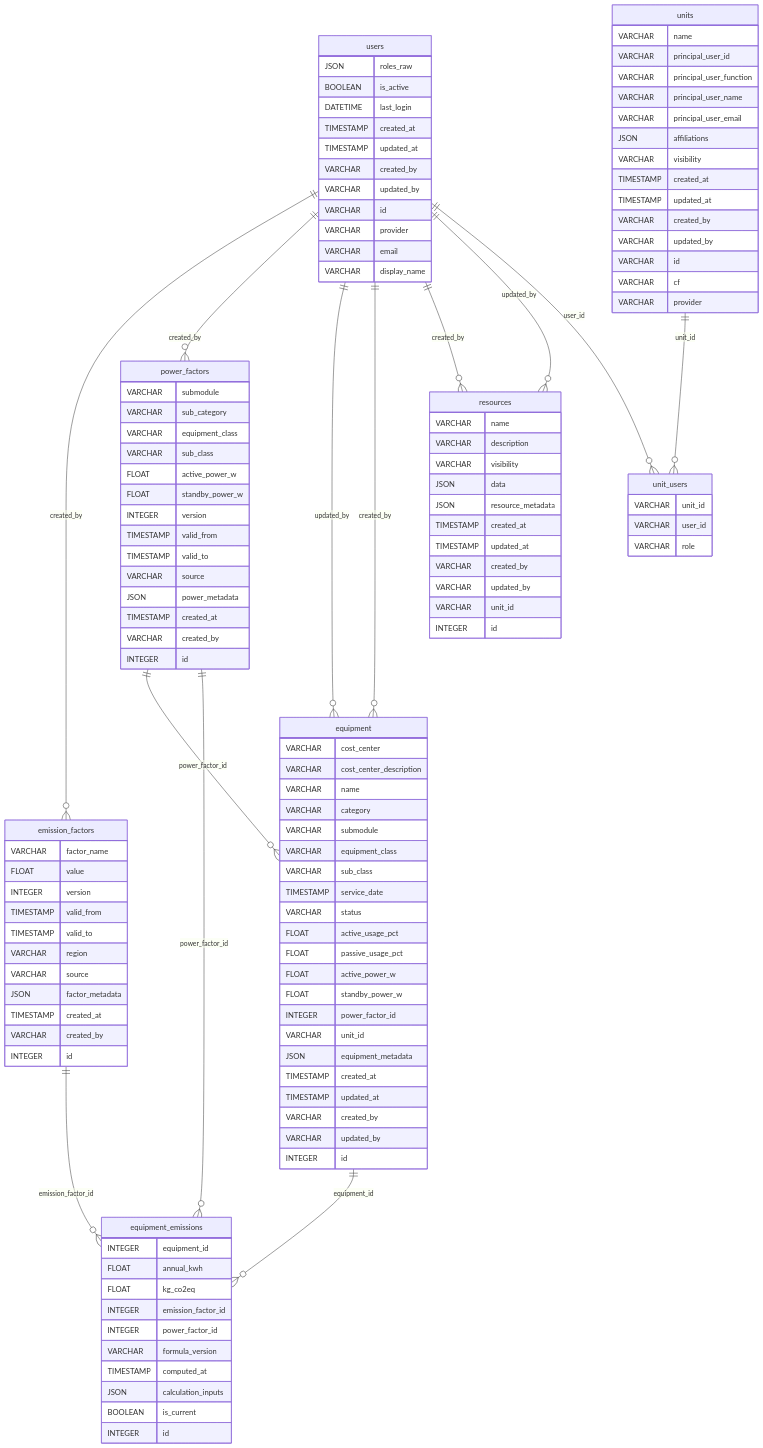
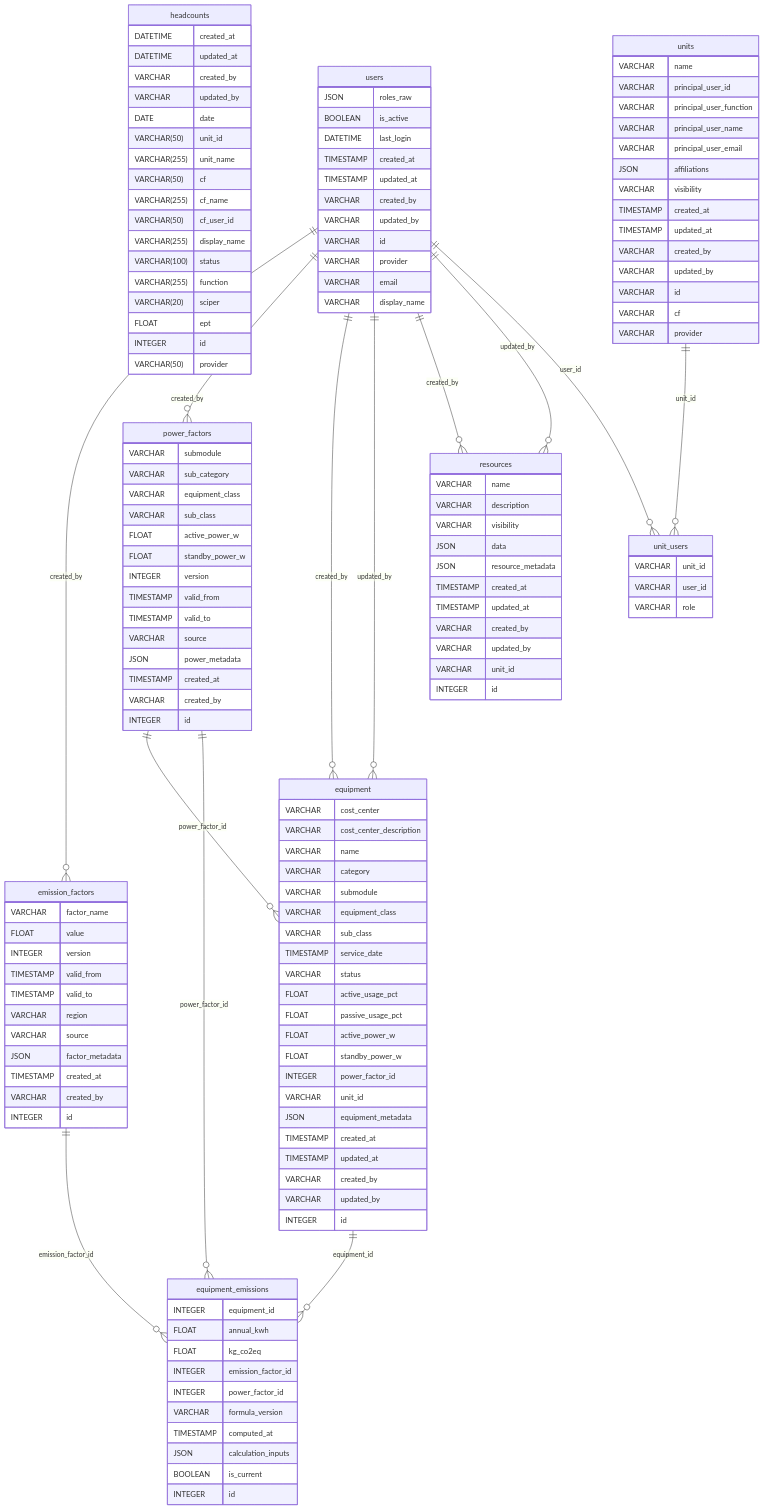
The diagram in docs/src/database/erd.md (EPFL-ENAC/co2-calculator), drawn with Mermaid before and after one commit. The commit also changed other lines of this file and 34 other files, not shown here.

```diff
--- a/docs/src/database/erd.md
+++ b/docs/src/database/erd.md
@@ -65,6 +66,25 @@
     BOOLEAN is_current
     INTEGER id
   }
+  headcounts {
+    DATETIME created_at
+    DATETIME updated_at
+    VARCHAR created_by
+    VARCHAR updated_by
+    DATE date
+    VARCHAR(50) unit_id
+    VARCHAR(255) unit_name
+    VARCHAR(50) cf
+    VARCHAR(255) cf_name
+    VARCHAR(50) cf_user_id
+    VARCHAR(255) display_name
+    VARCHAR(100) status
+    VARCHAR(255) function
+    VARCHAR(20) sciper
+    FLOAT ept
+    INTEGER id
+    VARCHAR(50) provider
+  }
   resources {
     VARCHAR name
     VARCHAR description
@@ -114,12 +134,12 @@
   }
   users ||--}o emission_factors : created_by
   users ||--}o power_factors : created_by
+  users ||--}o equipment : created_by
   users ||--}o equipment : updated_by
   power_factors ||--}o equipment : power_factor_id
-  users ||--}o equipment : created_by
+  emission_factors ||--}o equipment_emissions : emission_factor_id
   equipment ||--}o equipment_emissions : equipment_id
   power_factors ||--}o equipment_emissions : power_factor_id
-  emission_factors ||--}o equipment_emissions : emission_factor_id
   users ||--}o resources : created_by
   users ||--}o resources : updated_by
   users ||--}o unit_users : user_id
```
